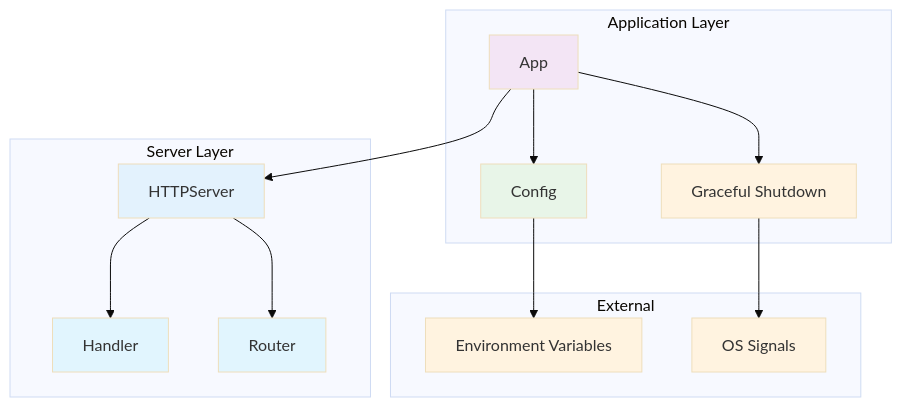
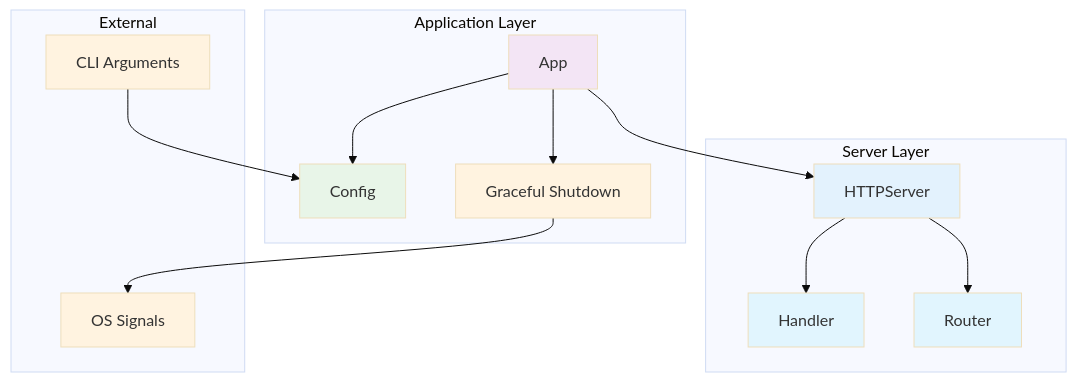
The first of 2 diagrams in internal/app/README.md (IgorKilipenko/metrical), drawn with Mermaid (base theme) before and after one commit. The commit also changed other lines of this file and 4 other files, not shown here.

````diff
--- a/internal/app/README.md
+++ b/internal/app/README.md
@@ -27,36 +37,36 @@
 ```mermaid
 graph TB
     subgraph "Application Layer"
         APP[App]
         CONFIG[Config]
         GRACEFUL[Graceful Shutdown]
     end
     
     subgraph "Server Layer"
         HTTPSERVER[HTTPServer]
         HANDLER[Handler]
         ROUTER[Router]
     end
     
     subgraph "External"
-        ENV[Environment Variables]
+        CLI[CLI Arguments]
         SIGNALS[OS Signals]
     end
     
+    CLI --> CONFIG
     APP --> CONFIG
     APP --> HTTPSERVER
     APP --> GRACEFUL
-    CONFIG --> ENV
     GRACEFUL --> SIGNALS
     HTTPSERVER --> HANDLER
     HTTPSERVER --> ROUTER
     
     style APP fill:#f3e5f5
     style CONFIG fill:#e8f5e8
     style GRACEFUL fill:#fff3e0
     style HTTPSERVER fill:#e3f2fd
     style HANDLER fill:#e1f5fe
     style ROUTER fill:#e1f5fe
-    style ENV fill:#fff3e0
+    style CLI fill:#fff3e0
     style SIGNALS fill:#fff3e0
 ```
````
